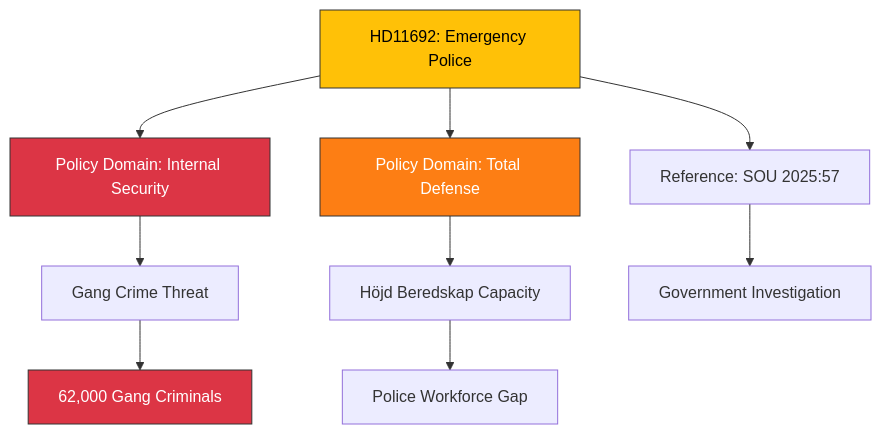
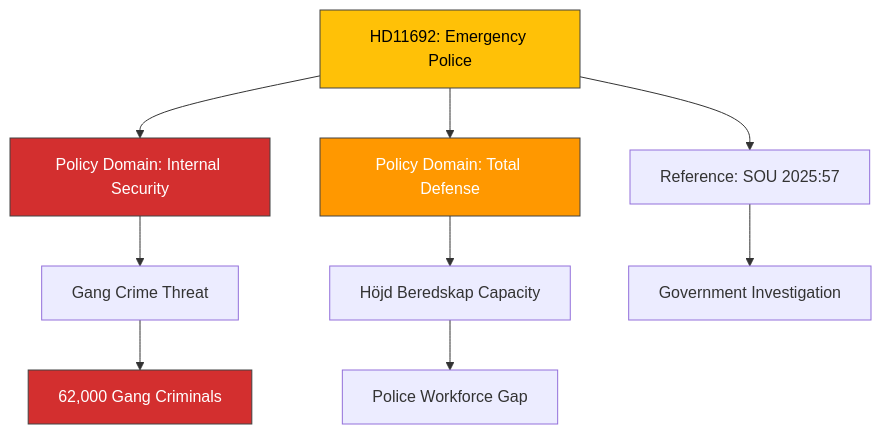
One commit to Hack23/riksdagsmonitor changed the diagram in analysis/daily/2026-04-08/realtime-1146/documents/hd11692-analysis.md. Above: the diagram before and after it, drawn with Mermaid. The commit also changed 785 other files, not shown here.

First line of the commit message:
Normalize mermaid colors across 786 analysis artifacts to ISMS Style Guide palette

````diff
--- a/analysis/daily/2026-04-08/realtime-1146/documents/hd11692-analysis.md
+++ b/analysis/daily/2026-04-08/realtime-1146/documents/hd11692-analysis.md
@@ -27,15 +27,15 @@
 ```mermaid
 graph TD
     A["HD11692: Emergency Police"] --> B["Policy Domain: Internal Security"]
     A --> C["Policy Domain: Total Defense"]
     A --> D["Reference: SOU 2025:57"]
     B --> E["Gang Crime Threat"]
     C --> F["Höjd Beredskap Capacity"]
     D --> G["Government Investigation"]
     E --> H["62,000 Gang Criminals"]
     F --> I["Police Workforce Gap"]
-    style A fill:#ffc107,stroke:#333,color:#000
-    style B fill:#dc3545,stroke:#333,color:#fff
-    style C fill:#fd7e14,stroke:#333,color:#fff
-    style H fill:#dc3545,stroke:#333,color:#fff
+    style A fill:#FFC107,stroke:#424242,color:#000000
+    style B fill:#D32F2F,stroke:#424242,color:#FFFFFF
+    style C fill:#FF9800,stroke:#424242,color:#FFFFFF
+    style H fill:#D32F2F,stroke:#424242,color:#FFFFFF
 ```
````
